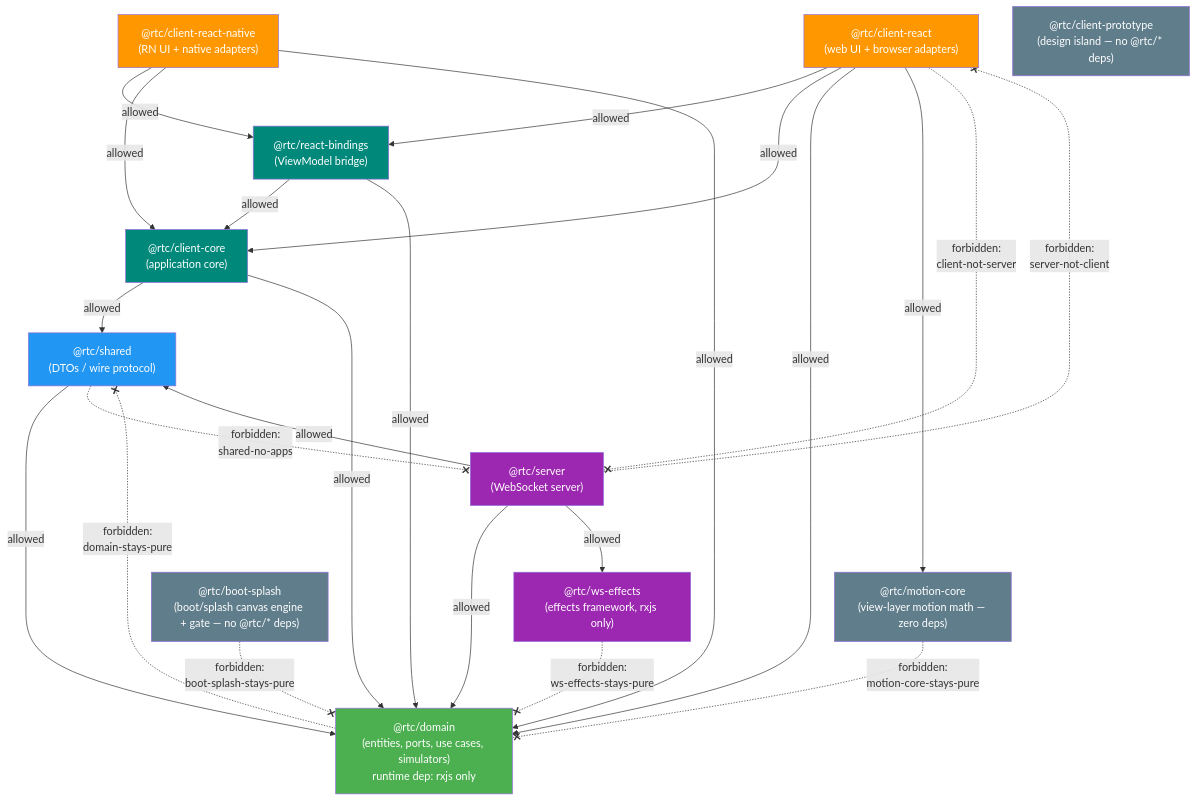
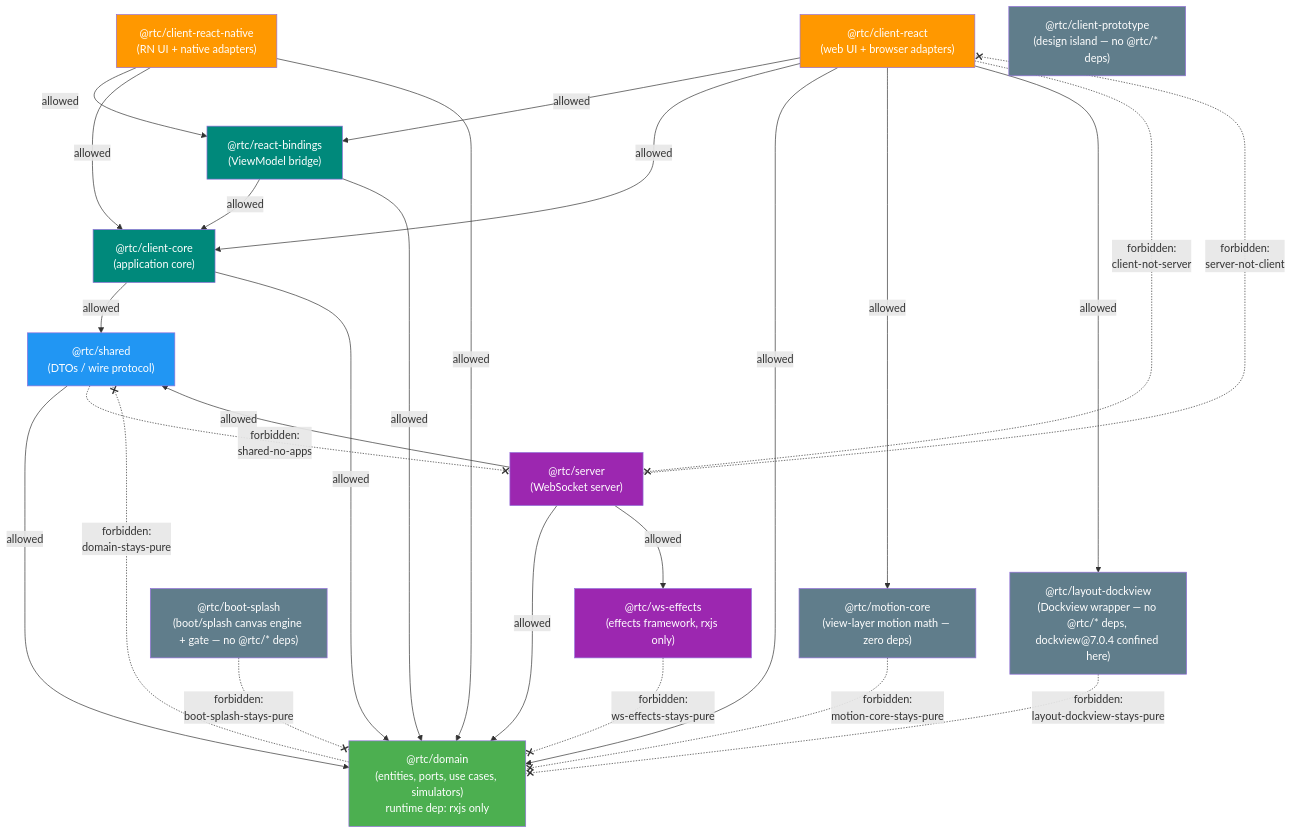
One commit to bettersoftware-io/ReactiveTraderCloudClone changed the diagram in docs/dependency-cruiser.md. Above: the diagram before and after it, drawn with Mermaid. The commit also changed other lines of this file and 7 other files, not shown here.

First line of the commit message:
docs: ADR-002 accepted as-implemented + layout-dockview package docs + STATUS

````diff
--- a/docs/dependency-cruiser.md
+++ b/docs/dependency-cruiser.md
@@ -23,51 +23,54 @@
 ```mermaid
 graph TD
     webc["@rtc/client-react<br/>(web UI + browser adapters)"]
     rnc["@rtc/client-react-native<br/>(RN UI + native adapters)"]
     rb["@rtc/react-bindings<br/>(ViewModel bridge)"]
     core["@rtc/client-core<br/>(application core)"]
     server["@rtc/server<br/>(WebSocket server)"]
     wse["@rtc/ws-effects<br/>(effects framework, rxjs only)"]
     shared["@rtc/shared<br/>(DTOs / wire protocol)"]
     domain["@rtc/domain<br/>(entities, ports, use cases, simulators)<br/>runtime dep: rxjs only"]
     proto["@rtc/client-prototype<br/>(design island — no @rtc/* deps)"]
     motion["@rtc/motion-core<br/>(view-layer motion math — zero deps)"]
     boot["@rtc/boot-splash<br/>(boot/splash canvas engine + gate — no @rtc/* deps)"]
+    dockv["@rtc/layout-dockview<br/>(Dockview wrapper — no @rtc/* deps, dockview@7.0.4 confined here)"]
 
     webc -->|allowed| rb
     webc -->|allowed| core
     webc -->|allowed| domain
     webc -->|allowed| motion
+    webc -->|allowed| dockv
     rnc -->|allowed| rb
     rnc -->|allowed| core
     rnc -->|allowed| domain
     rb -->|allowed| core
     rb -->|allowed| domain
     core -->|allowed| shared
     core -->|allowed| domain
     server -->|allowed| shared
     server -->|allowed| domain
     server -->|allowed| wse
     shared -->|allowed| domain
 
     webc -. "forbidden:<br/>client-not-server" .-x server
     server -. "forbidden:<br/>server-not-client" .-x webc
     shared -. "forbidden:<br/>shared-no-apps" .-x server
     domain -. "forbidden:<br/>domain-stays-pure" .-x shared
     wse -. "forbidden:<br/>ws-effects-stays-pure" .-x domain
     motion -. "forbidden:<br/>motion-core-stays-pure" .-x domain
     boot -. "forbidden:<br/>boot-splash-stays-pure" .-x domain
+    dockv -. "forbidden:<br/>layout-dockview-stays-pure" .-x domain
 
     classDef pure fill:#4CAF50,color:#fff;
     classDef dto fill:#2196F3,color:#fff;
     classDef coreC fill:#00897B,color:#fff;
     classDef app fill:#FF9800,color:#fff;
     classDef srv fill:#9C27B0,color:#fff;
     classDef isle fill:#607D8B,color:#fff;
     class domain pure;
     class shared dto;
     class core,rb coreC;
     class webc,rnc app;
     class server,wse srv;
-    class proto,motion,boot isle;
+    class proto,motion,boot,dockv isle;
 ```
````
